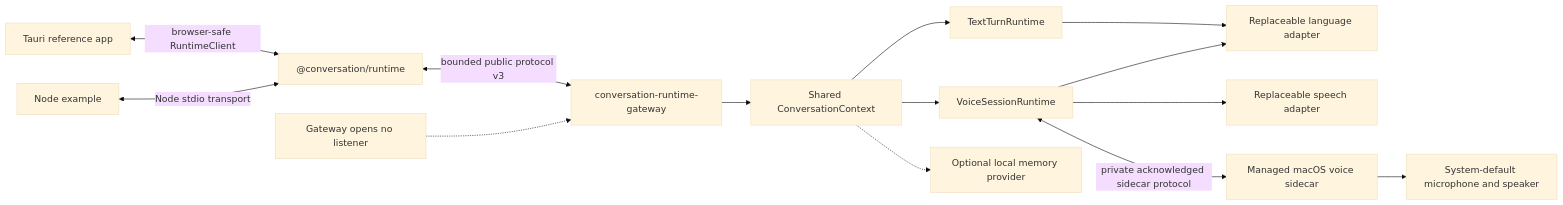
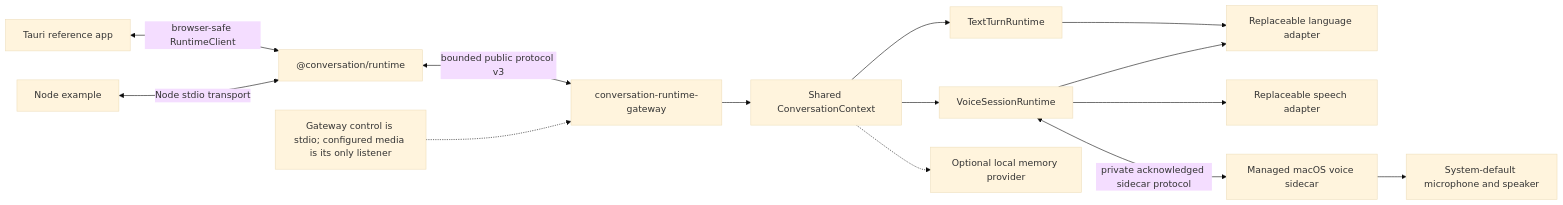
The first of 4 diagrams in docs/architecture.md (xiongxhc/conversation-runtime-sdk), drawn with Mermaid (base theme) before and after one commit. The commit also changed 2 other files, not shown here.

Commit message:
fix: drive latency harness media bridge

````diff
--- a/docs/architecture.md
+++ b/docs/architecture.md
@@ -25,16 +25,16 @@
 ```mermaid
 flowchart LR
     Desktop["Tauri reference app"] <-->|"browser-safe RuntimeClient"| SDK["@conversation/runtime"]
     Node["Node example"] <-->|"Node stdio transport"| SDK
     SDK <-->|"bounded public protocol v3"| Gateway["conversation-runtime-gateway"]
     Gateway --> Context["Shared ConversationContext"]
     Context --> Text["TextTurnRuntime"]
     Context --> Voice["VoiceSessionRuntime"]
     Context -.-> Memory["Optional local memory provider"]
     Text --> LLM["Replaceable language adapter"]
     Voice --> LLM
     Voice --> TTS["Replaceable speech adapter"]
     Voice <-->|"private acknowledged sidecar protocol"| Sidecar["Managed macOS voice sidecar"]
     Sidecar --> Devices["System-default microphone and speaker"]
-    NoListener["Gateway opens no listener"] -.-> Gateway
+    GatewayIo["Gateway control is stdio; configured media is its only listener"] -.-> Gateway
 ```
````
